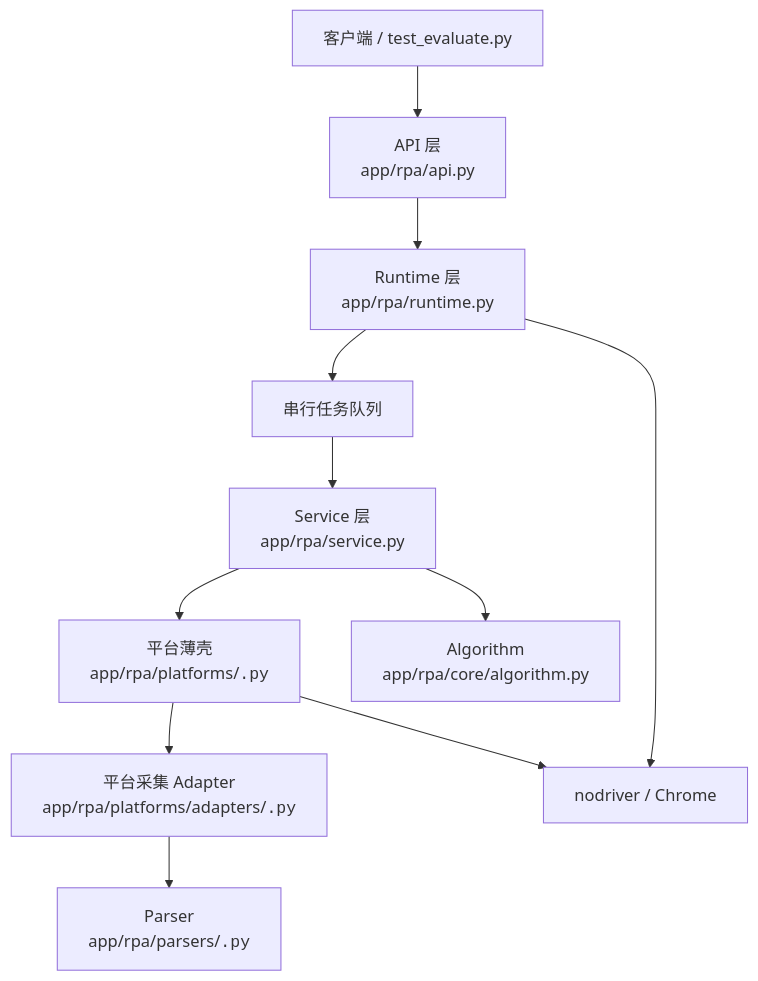
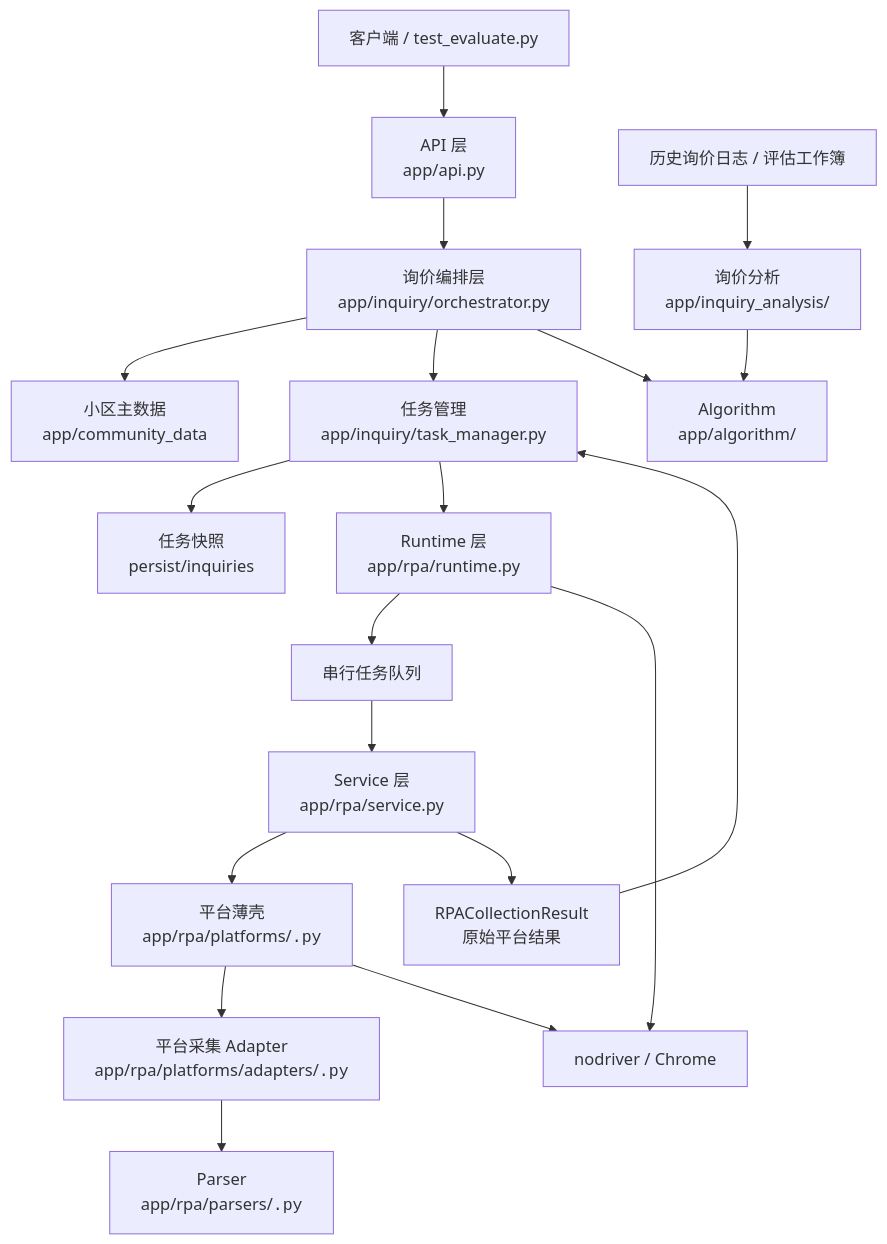
Before and after one commit to Hr222/house-rpa: the first of 4 diagrams in docs/系统架构与运行时状态.md, drawn with Mermaid. The commit also changed other lines of this file and 5 other files, not shown here.

````diff
--- a/docs/系统架构与运行时状态.md
+++ b/docs/系统架构与运行时状态.md
@@ -13,13 +13,21 @@
 ```mermaid
 flowchart TD
-    Client["客户端 / test_evaluate.py"] --> API["API 层\napp/rpa/api.py"]
-    API --> Runtime["Runtime 层\napp/rpa/runtime.py"]
+    Client["客户端 / test_evaluate.py"] --> API["API 层\napp/api.py"]
+    API --> Orchestrator["询价编排层\napp/inquiry/orchestrator.py"]
+    Orchestrator --> Community["小区主数据\napp/community_data"]
+    Orchestrator --> TaskManager["任务管理\napp/inquiry/task_manager.py"]
+    TaskManager --> Snapshot["任务快照\npersist/inquiries"]
+    TaskManager --> Runtime["Runtime 层\napp/rpa/runtime.py"]
     Runtime --> Queue["串行任务队列"]
     Queue --> Service["Service 层\napp/rpa/service.py"]
     Service --> Shell["平台薄壳\napp/rpa/platforms/<code>.py"]
     Shell --> Adapter["平台采集 Adapter\napp/rpa/platforms/adapters/<code>.py"]
     Adapter --> Parser["Parser\napp/rpa/parsers/<code>.py"]
-    Service --> Algorithm["Algorithm\napp/rpa/core/algorithm.py"]
+    Service --> Collection["RPACollectionResult\n原始平台结果"]
+    Collection --> TaskManager
+    Orchestrator --> Algorithm["Algorithm\napp/algorithm/"]
+    History["历史询价日志 / 评估工作簿"] --> Analysis["询价分析\napp/inquiry_analysis/"]
+    Analysis --> Algorithm
     Runtime --> Browser["nodriver / Chrome"]
     Shell --> Browser
 ```
````
